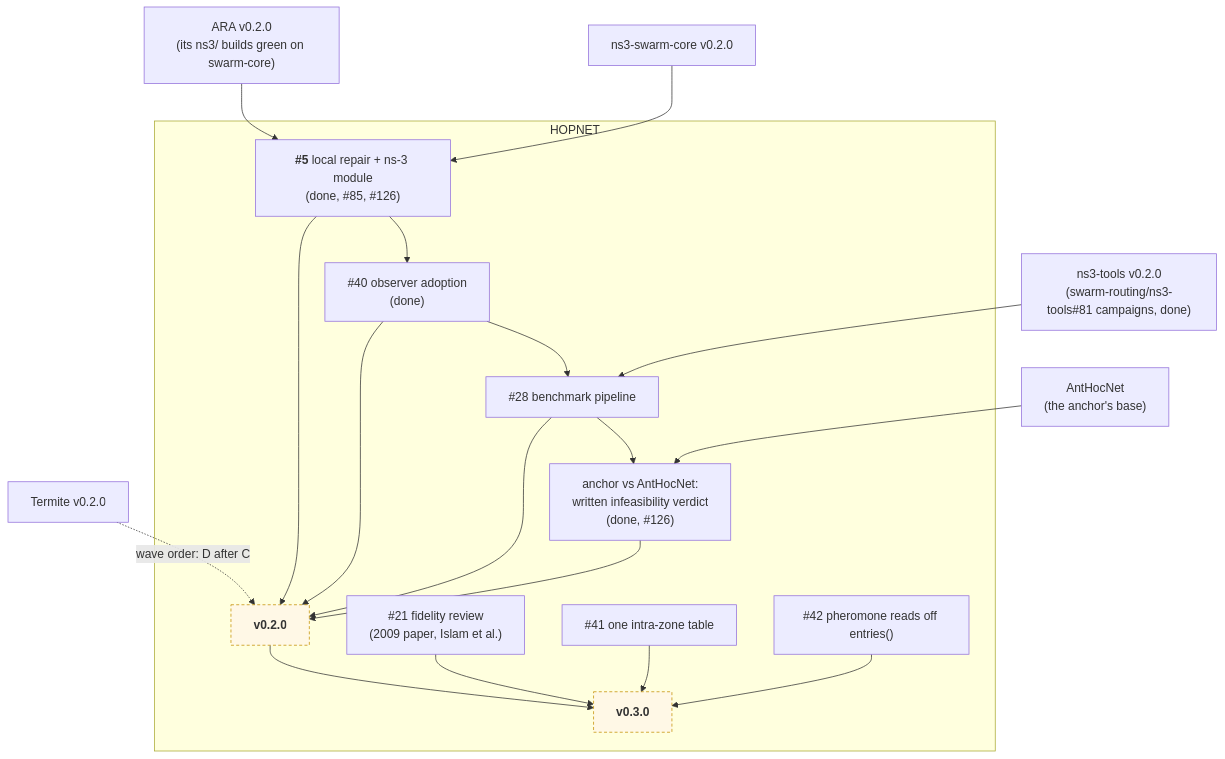
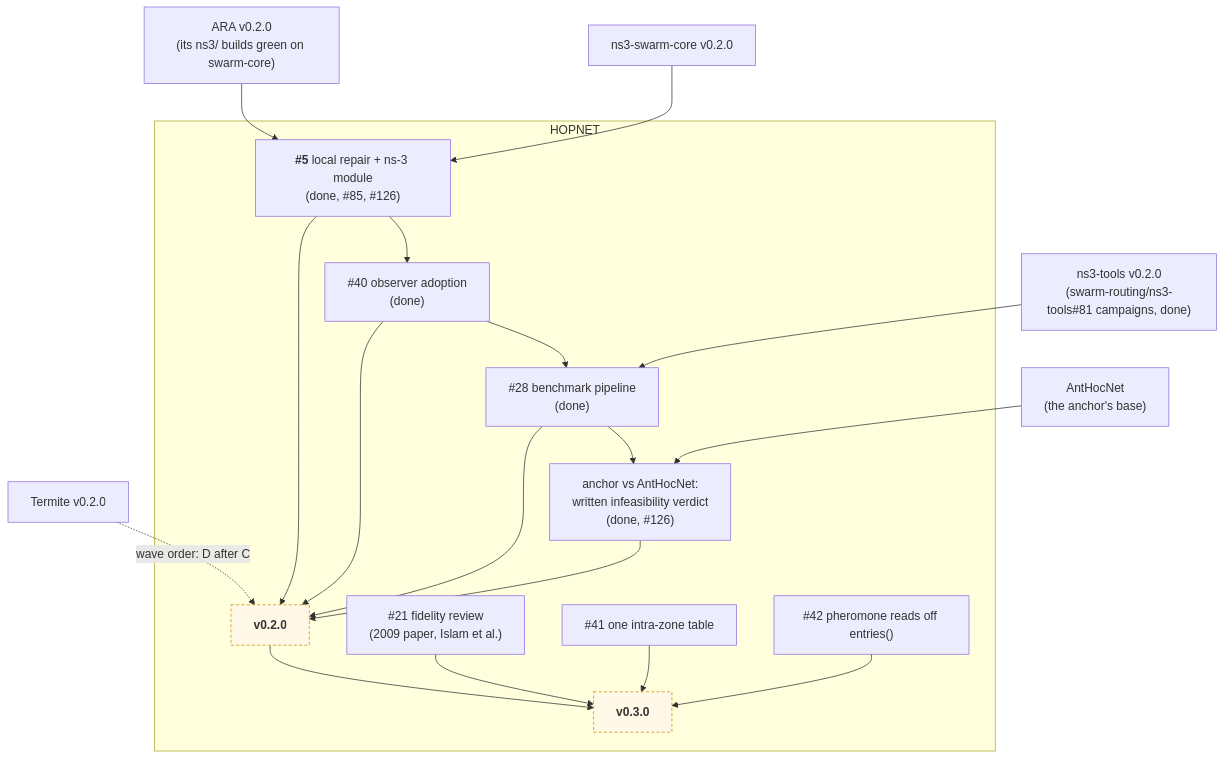
The second of 2 diagrams in docs/roadmap.md (swarm-routing/HOPNET), drawn with Mermaid before and after one commit. The commit also changed other lines of this file and 2 other files, not shown here.

First line of the commit message:
docs(roadmap): record the v0.2.0 scope as met after the first smoke (#222)

````diff
--- a/docs/roadmap.md
+++ b/docs/roadmap.md
@@ -53,33 +53,33 @@
 ```mermaid
 flowchart TB
     subgraph HOP["HOPNET"]
         H5["<b>#5</b> local repair + ns-3 module<br/>(done, #85, #126)"]
         H40["#40 observer adoption<br/>(done)"]
-        H28["#28 benchmark pipeline"]
+        H28["#28 benchmark pipeline<br/>(done)"]
         ANCHOR["anchor vs AntHocNet:<br/>written infeasibility verdict<br/>(done, #126)"]
         V02["<b>v0.2.0</b>"]
         H21["#21 fidelity review<br/>(2009 paper, Islam et al.)"]
         H41["#41 one intra-zone table"]
         H42["#42 pheromone reads off entries()"]
         V03["<b>v0.3.0</b>"]
     end
     ARA["ARA v0.2.0<br/>(its ns3/ builds green on swarm-core)"]
     TERM["Termite v0.2.0"]
     TOOLS["ns3-tools v0.2.0<br/>(swarm-routing/ns3-tools#81 campaigns, done)"]
     CORE["ns3-swarm-core v0.2.0"]
     AHN["AntHocNet<br/>(the anchor's base)"]
 
     ARA --> H5
     CORE --> H5
     H5 --> H40 --> H28
     TOOLS --> H28
     H28 --> ANCHOR
     AHN --> ANCHOR
     TERM -.->|"wave order: D after C"| V02
     H5 & H40 & H28 & ANCHOR --> V02
     V02 --> V03
     H21 & H41 & H42 --> V03
 
     style V02 fill:#fff8e6,stroke:#c48f00,stroke-dasharray:4 3
     style V03 fill:#fff8e6,stroke:#c48f00,stroke-dasharray:4 3
 ```
````
